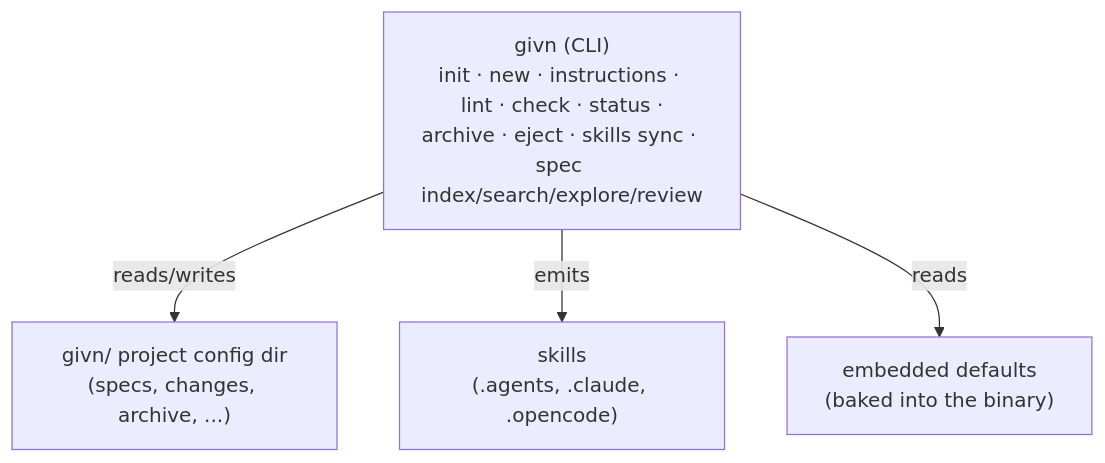
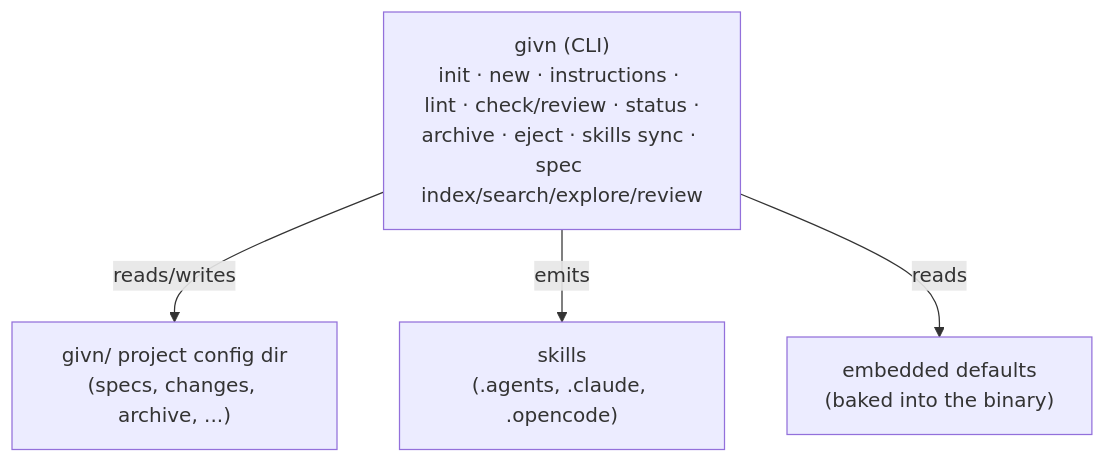
Before and after one commit to buster/givn: the diagram in docs/arc42/03-context-and-scope.md, drawn with Mermaid. The commit also changed other lines of this file and 23 other files, not shown here.

````diff
--- a/docs/arc42/03-context-and-scope.md
+++ b/docs/arc42/03-context-and-scope.md
@@ -9,11 +9,11 @@
 ```mermaid
 graph TB
-    CLI["givn (CLI)<br/>init · new · instructions · lint · check · status ·<br/>archive · eject · skills sync · spec index/search/explore/review"]
+    CLI["givn (CLI)<br/>init · new · instructions · lint · check/review · status ·<br/>archive · eject · skills sync · spec index/search/explore/review"]
     PROJECT["givn/ project config dir<br/>(specs, changes, archive, ...)"]
     SKILLS["skills<br/>(.agents, .claude, .opencode)"]
     EMBEDDED["embedded defaults<br/>(baked into the binary)"]
 
     CLI -->|reads/writes| PROJECT
     CLI -->|emits| SKILLS
     CLI -->|reads| EMBEDDED
 ```
````
